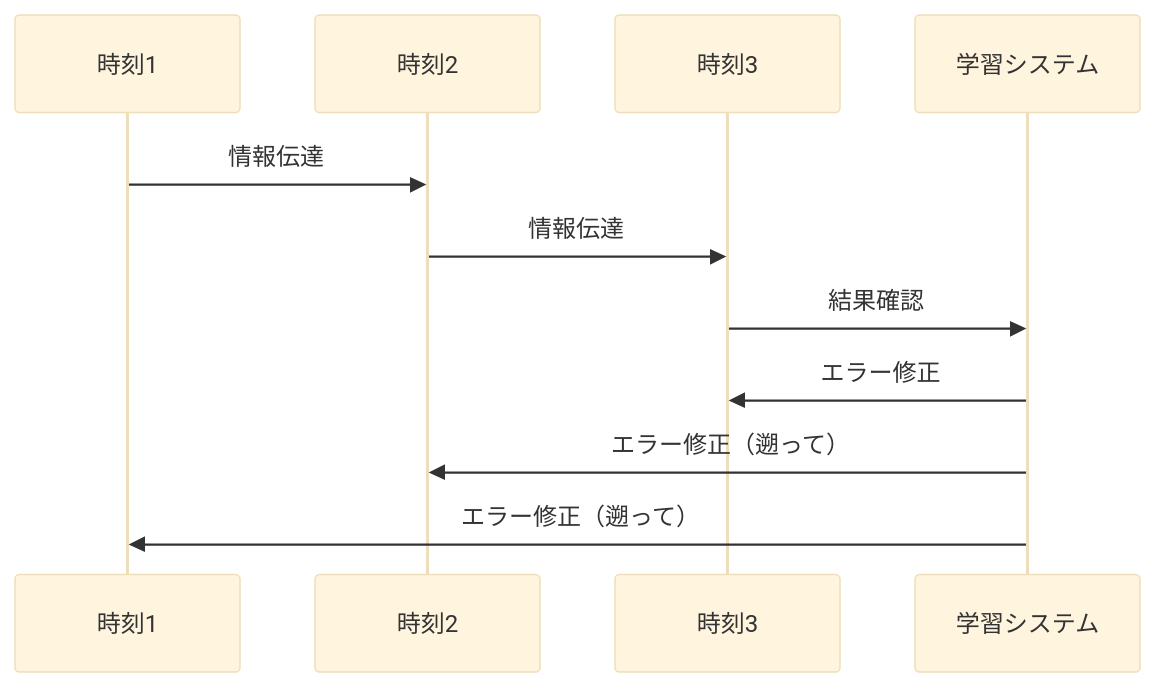
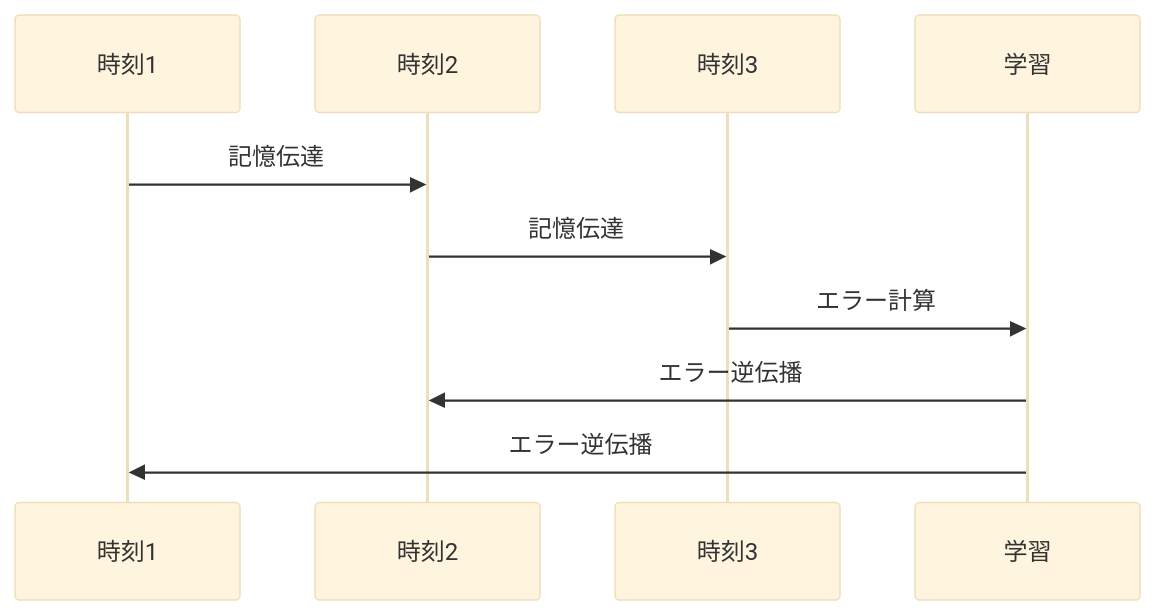
One commit to SparklingDetergent/doc_genai_mental_model changed the fourth of 13 diagrams in AI/DeepLearning/RecurrentNeuralNetwork/README.MD. Above: the diagram before and after it, drawn with Mermaid (base theme). The commit also changed other lines of this file, not shown here.

````diff
--- a/AI/DeepLearning/RecurrentNeuralNetwork/README.MD
+++ b/AI/DeepLearning/RecurrentNeuralNetwork/README.MD
@@ -104,14 +104,13 @@
 ```mermaid
 sequenceDiagram
-    participant 時刻1
-    participant 時刻2
-    participant 時刻3
-    participant 学習システム
+    participant T1 as 時刻1
+    participant T2 as 時刻2  
+    participant T3 as 時刻3
+    participant L as 学習
     
-    時刻1->>時刻2: 情報伝達
-    時刻2->>時刻3: 情報伝達
-    時刻3->>学習システム: 結果確認
-    学習システム->>時刻3: エラー修正
-    学習システム->>時刻2: エラー修正（遡って）
-    学習システム->>時刻1: エラー修正（遡って）
+    T1->>T2: 記憶伝達
+    T2->>T3: 記憶伝達
+    T3->>L: エラー計算
+    L->>T2: エラー逆伝播
+    L->>T1: エラー逆伝播
 ```
````
